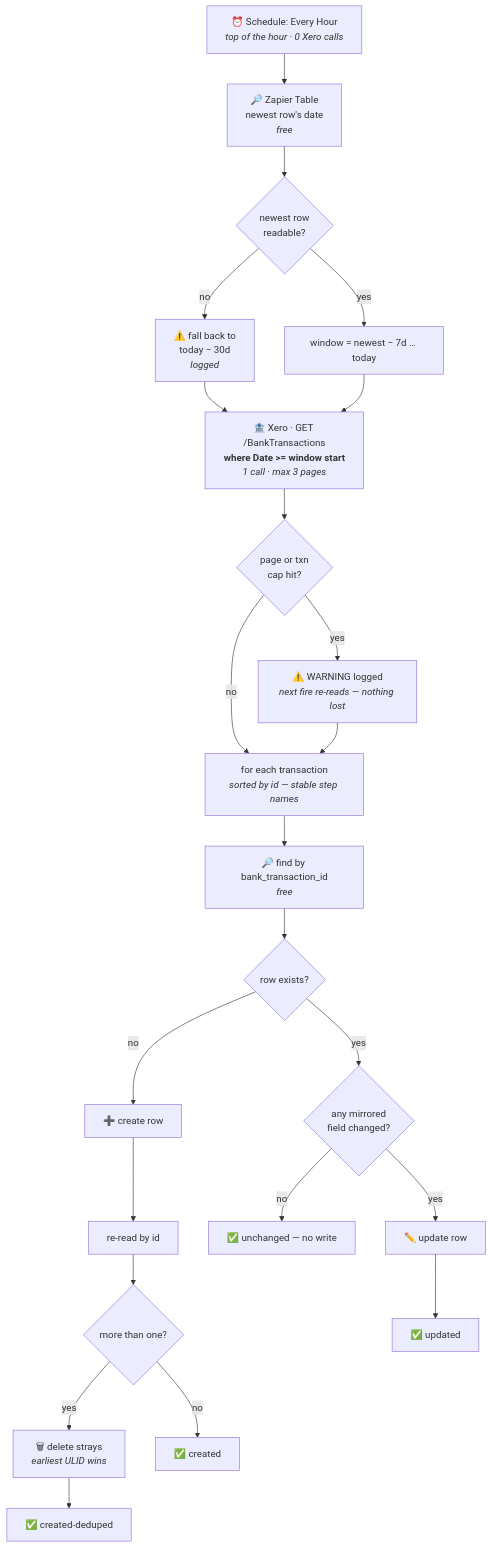
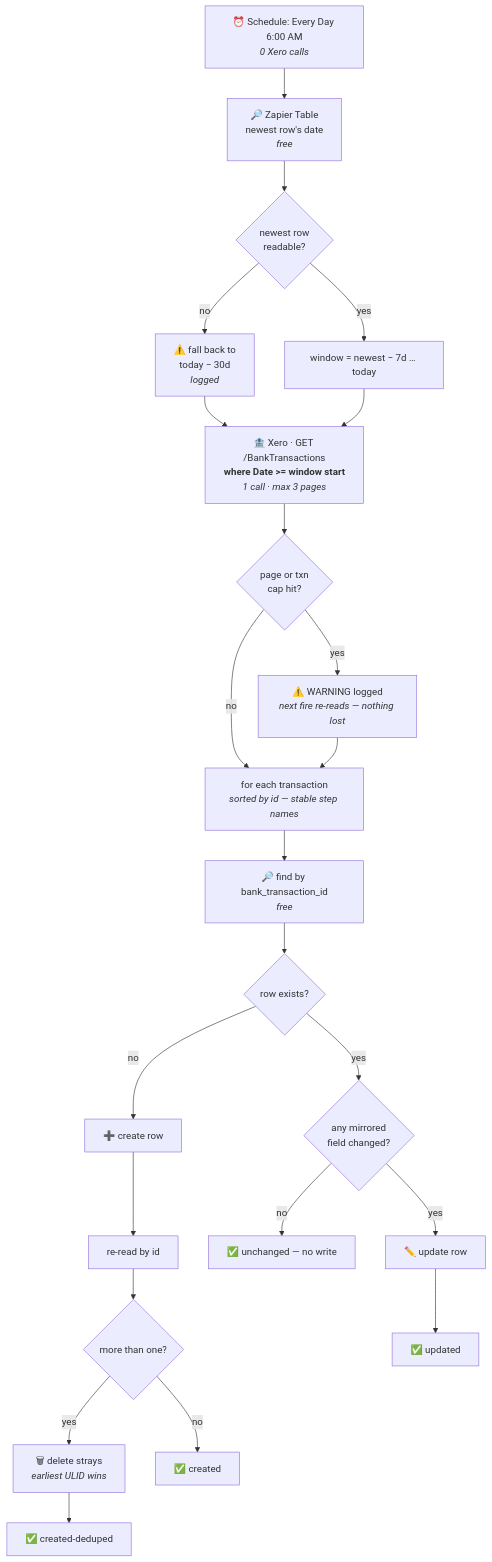
Before and after one commit to work-flowers/zapier-sdk: the diagram in xero-bank-transactions-to-zapier-table/README.md, drawn with Mermaid. The commit also changed other lines of this file and 16 other files, not shown here.

````diff
--- a/xero-bank-transactions-to-zapier-table/README.md
+++ b/xero-bank-transactions-to-zapier-table/README.md
@@ -31,28 +32,28 @@
 ```mermaid
 flowchart TD
-    T["⏰ Schedule: Every Hour<br/><i>top of the hour · 0 Xero calls</i>"] --> L["🔎 Zapier Table<br/>newest row's date<br/><i>free</i>"]
+    T["⏰ Schedule: Every Day 6:00 AM<br/><i>0 Xero calls</i>"] --> L["🔎 Zapier Table<br/>newest row's date<br/><i>free</i>"]
     L --> W{"newest row<br/>readable?"}
     W -- no --> WB["⚠️ fall back to<br/>today − 30d<br/><i>logged</i>"]
     W -- yes --> WA["window = newest − 7d … today"]
     WB --> Q
     WA --> Q
     Q["🏦 Xero · GET /BankTransactions<br/><b>where Date >= window start</b><br/><i>1 call · max 3 pages</i>"]
     Q --> CAP{"page or txn<br/>cap hit?"}
     CAP -- yes --> WARN["⚠️ WARNING logged<br/><i>next fire re-reads — nothing lost</i>"]
     CAP -- no --> LOOP
     WARN --> LOOP
     LOOP["for each transaction<br/><i>sorted by id — stable step names</i>"] --> F["🔎 find by bank_transaction_id<br/><i>free</i>"]
     F --> D{"row exists?"}
 
     D -- no --> C["➕ create row"]
     C --> RQ["re-read by id"]
     RQ --> R{"more than one?"}
     R -- yes --> DD["🗑 delete strays<br/><i>earliest ULID wins</i>"]
     R -- no --> OK1["✅ created"]
     DD --> OK2["✅ created-deduped"]
 
     D -- yes --> S{"any mirrored<br/>field changed?"}
     S -- no --> OK3["✅ unchanged — no write"]
     S -- yes --> U["✏️ update row"]
     U --> OK4["✅ updated"]
 ```
````
